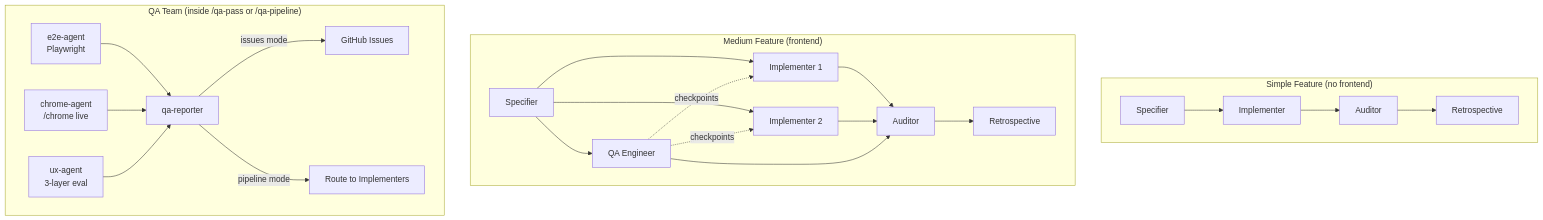
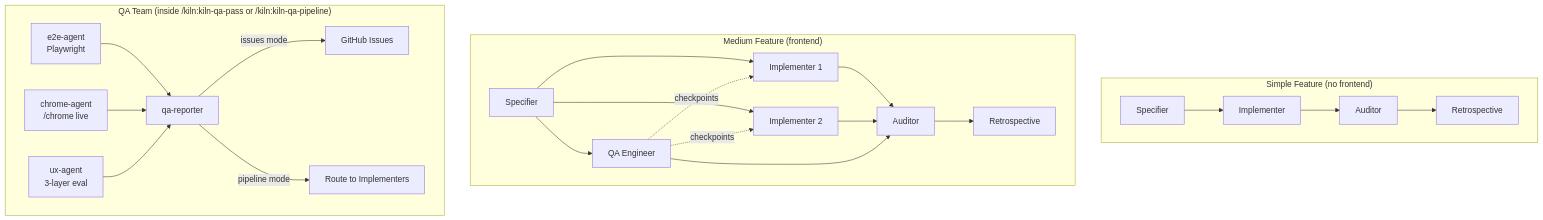
One commit to yoshisada/ai-repo-template changed the third of 4 diagrams in docs/architecture.md. Above: the diagram before and after it, drawn with Mermaid. The commit also changed other lines of this file and 206 other files, not shown here.

````diff
--- a/docs/architecture.md
+++ b/docs/architecture.md
@@ -277,22 +277,22 @@
 ```mermaid
 flowchart TB
     subgraph Simple["Simple Feature (no frontend)"]
         s1["Specifier"] --> s2["Implementer"] --> s3["Auditor"] --> s4["Retrospective"]
     end
 
     subgraph Medium["Medium Feature (frontend)"]
         m1["Specifier"] --> m2["Implementer 1"]
         m1 --> m3["Implementer 2"]
         m1 --> m4["QA Engineer"]
         m4 -.->|"checkpoints"| m2 & m3
         m2 & m3 & m4 --> m5["Auditor"] --> m6["Retrospective"]
     end
 
-    subgraph QATeam["QA Team (inside /qa-pass or /qa-pipeline)"]
+    subgraph QATeam["QA Team (inside /kiln:kiln-qa-pass or /kiln:kiln-qa-pipeline)"]
         q1["e2e-agent<br/>Playwright"] --> q4["qa-reporter"]
         q2["chrome-agent<br/>/chrome live"] --> q4
         q3["ux-agent<br/>3-layer eval"] --> q4
         q4 -->|"issues mode"| q5["GitHub Issues"]
         q4 -->|"pipeline mode"| q6["Route to Implementers"]
     end
 ```
````
